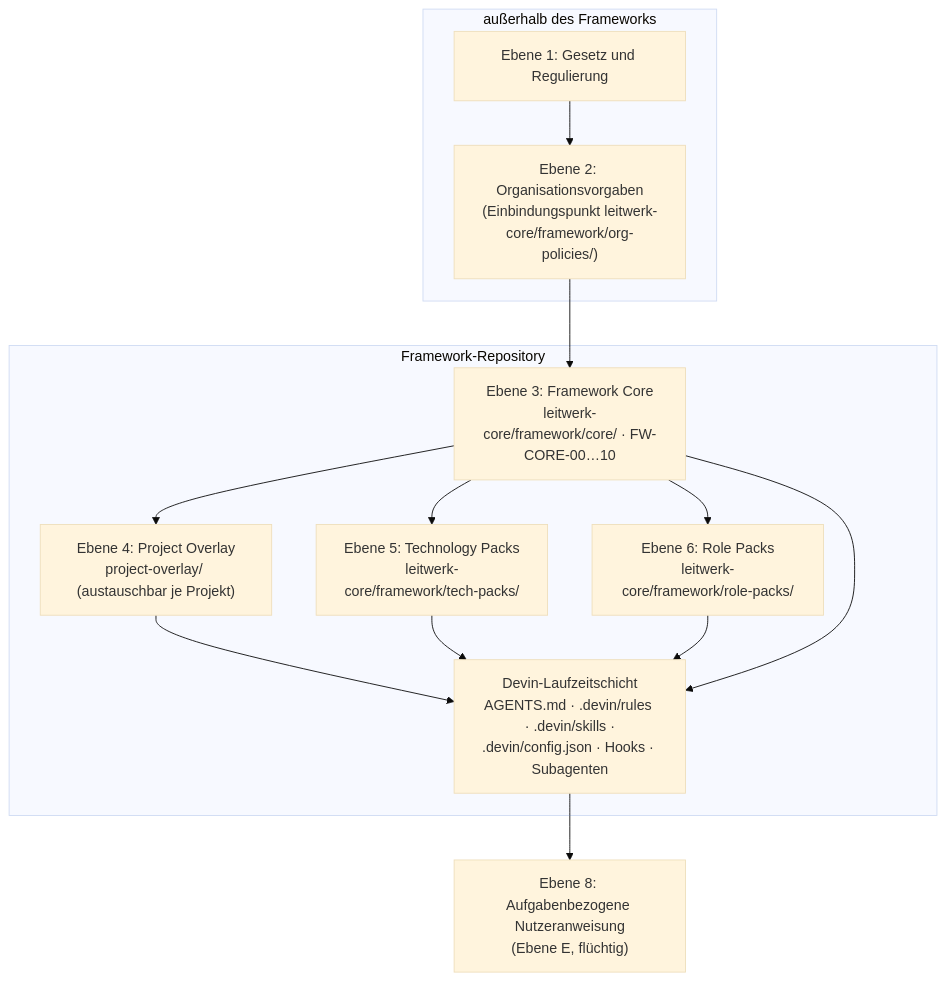
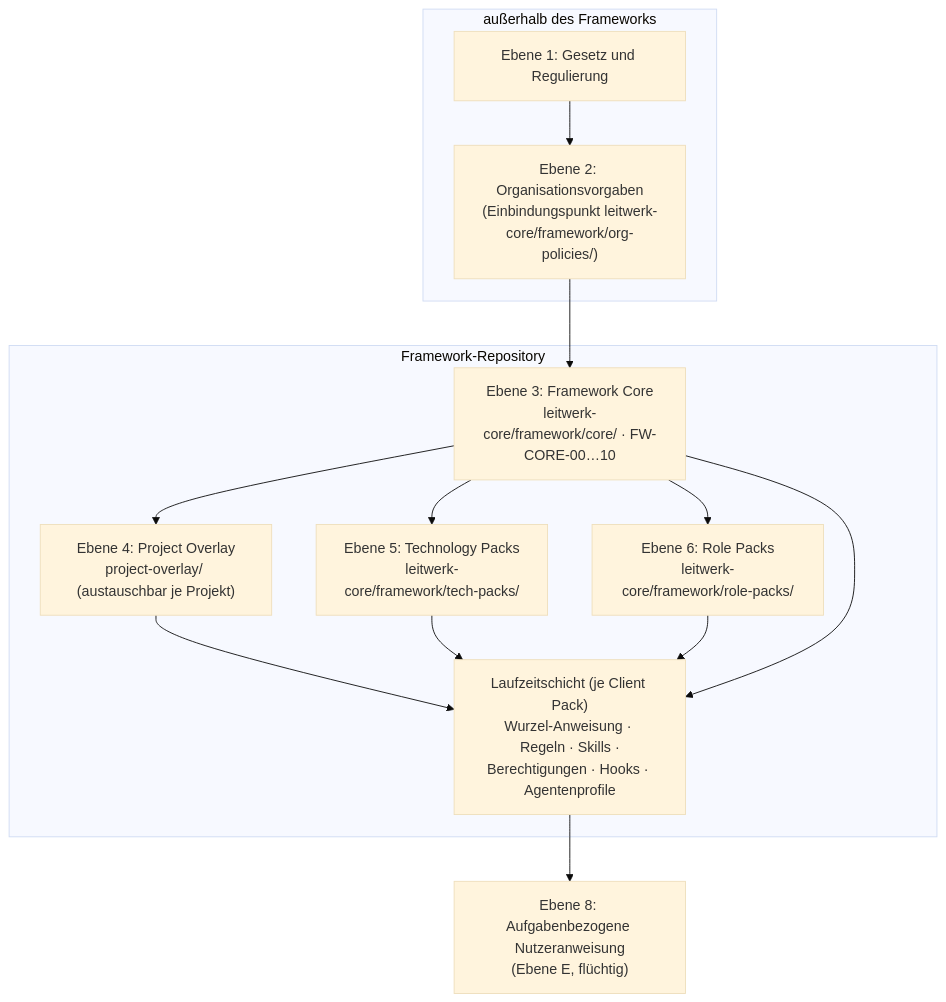
The diagram in leitwerk-core/build/doc/07-architektur.md (Renoxar/koolie), drawn with Mermaid (base theme) before and after one commit. The commit also changed other lines of this file and 31 other files, not shown here.

````diff
--- a/leitwerk-core/build/doc/07-architektur.md
+++ b/leitwerk-core/build/doc/07-architektur.md
@@ -7,24 +7,24 @@
 ```mermaid
 flowchart TD
     subgraph EXT["außerhalb des Frameworks"]
         L1["Ebene 1: Gesetz und Regulierung"]
         L2["Ebene 2: Organisationsvorgaben<br/>(Einbindungspunkt leitwerk-core/framework/org-policies/)"]
     end
     subgraph FW["Framework-Repository"]
         L3["Ebene 3: Framework Core<br/>leitwerk-core/framework/core/ · FW-CORE-00…10"]
         L5["Ebene 5: Technology Packs<br/>leitwerk-core/framework/tech-packs/"]
         L6["Ebene 6: Role Packs<br/>leitwerk-core/framework/role-packs/"]
         L4["Ebene 4: Project Overlay<br/>project-overlay/ (austauschbar je Projekt)"]
-        RT["Devin-Laufzeitschicht<br/>AGENTS.md · .devin/rules · .devin/skills ·<br/>.devin/config.json · Hooks · Subagenten"]
+        RT["Laufzeitschicht (je Client Pack)<br/>Wurzel-Anweisung · Regeln · Skills ·<br/>Berechtigungen · Hooks · Agentenprofile"]
     end
     L8["Ebene 8: Aufgabenbezogene Nutzeranweisung<br/>(Ebene E, flüchtig)"]
     L1 --> L2 --> L3
     L3 --> L4
     L3 --> L5
     L3 --> L6
     L4 --> RT
     L5 --> RT
     L6 --> RT
     L3 --> RT
     RT --> L8
 ```
````
